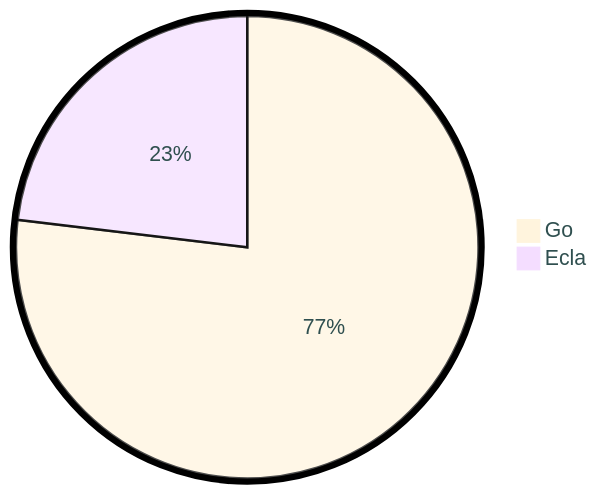
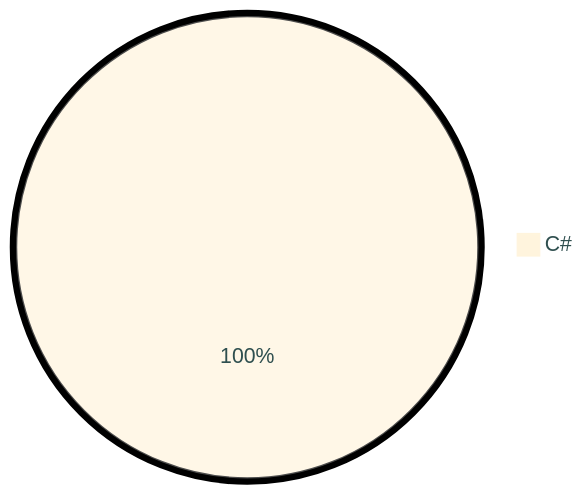
Before and after one commit to tot0p/tot0p: the diagram in README.md, drawn with Mermaid. The commit also changed other lines of this file, not shown here.

````diff
--- a/README.md
+++ b/README.md
@@ -67,6 +66,5 @@
 ```mermaid
 %%{init: {"pie": {"textPosition": 0.5}, "themeVariables": {"pieOuterStrokeWidth": "5px","primaryTextColor" : "#2F4F4F"},"theme":"base"} }%%
 pie
-	"Go": 76.89
-	"Ecla": 23.11
+	"C#": 100.0
 ```
````
